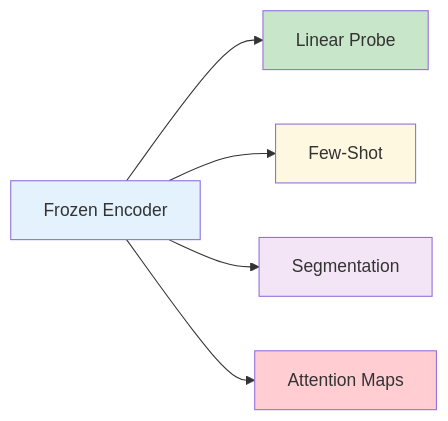
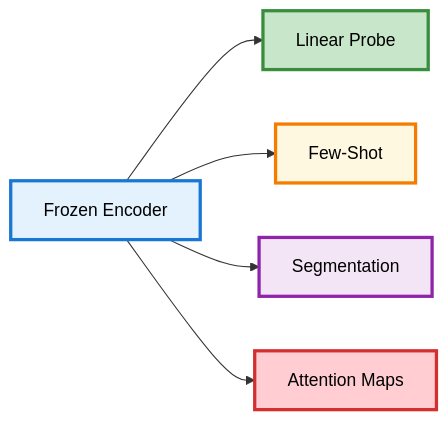
One commit to prthmmkhija1/MedJEPA changed the fourth of 5 diagrams in README.md. Above: the diagram before and after it, drawn with Mermaid. The commit also changed other lines of this file, not shown here.

````diff
--- a/README.md
+++ b/README.md
@@ -107,13 +128,13 @@
 ```mermaid
 flowchart LR
     M[Frozen Encoder] --> LP[Linear Probe]
     M --> FS[Few-Shot]
     M --> SEG[Segmentation]
     M --> ATT[Attention Maps]
 
-    style M fill:#e3f2fd
-    style LP fill:#c8e6c9
-    style FS fill:#fff8e1
-    style SEG fill:#f3e5f5
-    style ATT fill:#ffcdd2
+    style M fill:#e3f2fd,stroke:#1976d2,stroke-width:3px,color:#000
+    style LP fill:#c8e6c9,stroke:#388e3c,stroke-width:3px,color:#000
+    style FS fill:#fff8e1,stroke:#f57c00,stroke-width:3px,color:#000
+    style SEG fill:#f3e5f5,stroke:#8e24aa,stroke-width:3px,color:#000
+    style ATT fill:#ffcdd2,stroke:#d32f2f,stroke-width:3px,color:#000
 ```
````
